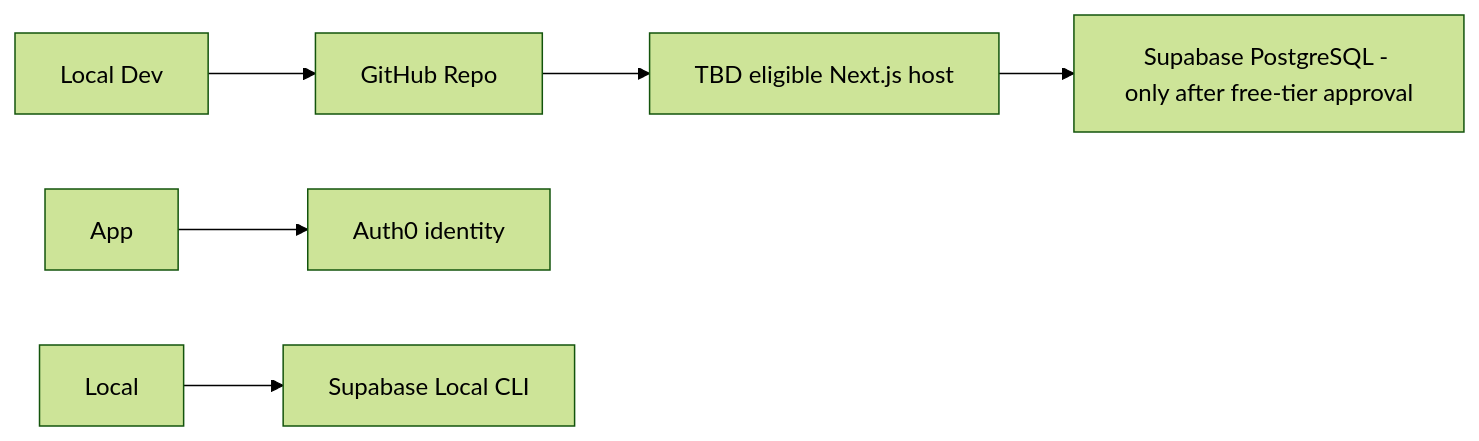
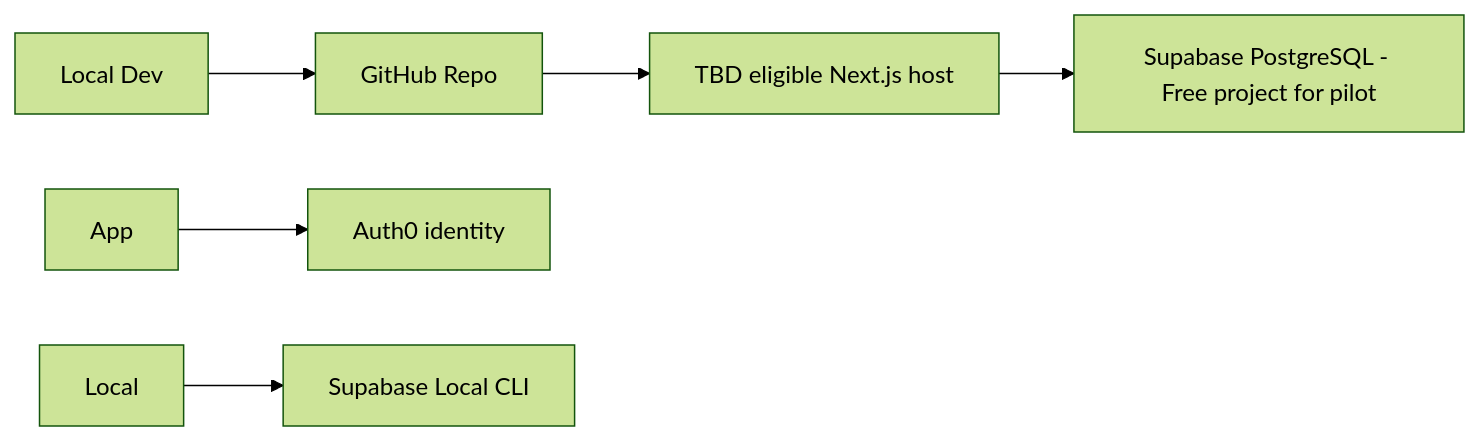
Before and after one commit to TheOneWith-3j/sports-community-app: the first of 2 diagrams in docs/13_DEPLOYMENT.md, drawn with Mermaid (forest theme). The commit also changed other lines of this file and 8 other files, not shown here.

````diff
--- a/docs/13_DEPLOYMENT.md
+++ b/docs/13_DEPLOYMENT.md
@@ -21,8 +21,8 @@
 ```mermaid
 flowchart LR
   Dev[Local Dev] --> GitHub[GitHub Repo]
   GitHub --> Host[TBD eligible Next.js host]
-  Host --> SupabaseDB[Supabase PostgreSQL - only after free-tier approval]
+  Host --> SupabaseDB[Supabase PostgreSQL - Free project for pilot]
   App --> Auth0[Auth0 identity]
   Local --> SupabaseLocal[Supabase Local CLI]
 ```
````
